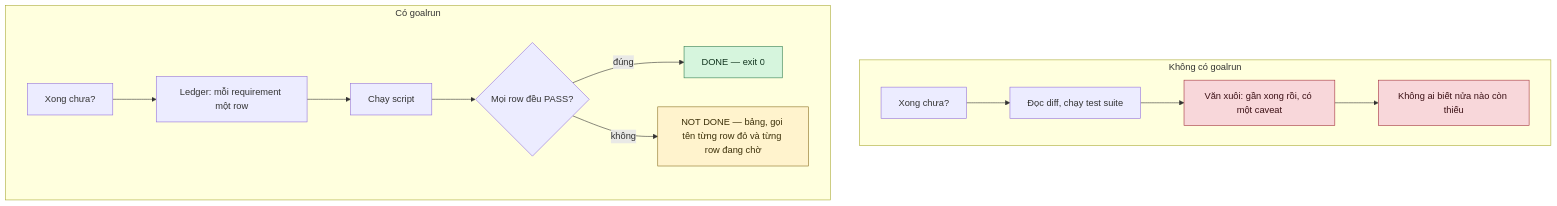
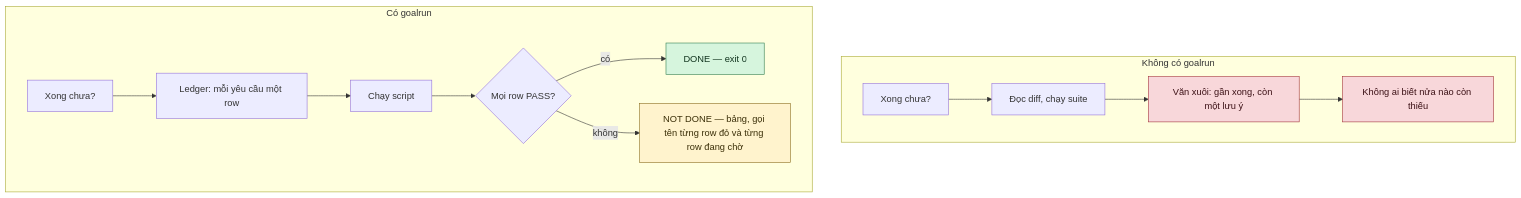
Before and after one commit to xtieume/testcase: the second of 4 diagrams in docs/how-it-works.vi.md, drawn with Mermaid. The commit also changed other lines of this file and 7 other files, not shown here.

````diff
--- a/docs/how-it-works.vi.md
+++ b/docs/how-it-works.vi.md
@@ -62,27 +62,27 @@
 ```mermaid
 flowchart TD
     subgraph WITHOUT["Không có goalrun"]
         W1["Xong chưa?"]
-        W2["Đọc diff, chạy test suite"]
-        W3["Văn xuôi: gần xong rồi, có một caveat"]
+        W2["Đọc diff, chạy suite"]
+        W3["Văn xuôi: gần xong, còn một lưu ý"]
         W4["Không ai biết nửa nào còn thiếu"]
         W1 --> W2 --> W3 --> W4
     end
 
     subgraph WITH["Có goalrun"]
         G1["Xong chưa?"]
-        G2["Ledger: mỗi requirement một row"]
+        G2["Ledger: mỗi yêu cầu một row"]
         G3["Chạy script"]
-        G4{"Mọi row đều PASS?"}
+        G4{"Mọi row PASS?"}
         G5["DONE — exit 0"]
         G6["NOT DONE — bảng, gọi tên từng row đỏ và từng row đang chờ"]
         G1 --> G2 --> G3 --> G4
-        G4 -->|"đúng"| G5
+        G4 -->|"có"| G5
         G4 -->|"không"| G6
     end
 
     style W3 fill:#f8d7da,stroke:#a3303b,color:#3b1015
     style W4 fill:#f8d7da,stroke:#a3303b,color:#3b1015
     style G5 fill:#d6f5dd,stroke:#2f7d4f,color:#12351f
     style G6 fill:#fff3cd,stroke:#8a6d1f,color:#3b2f08
 ```
````
